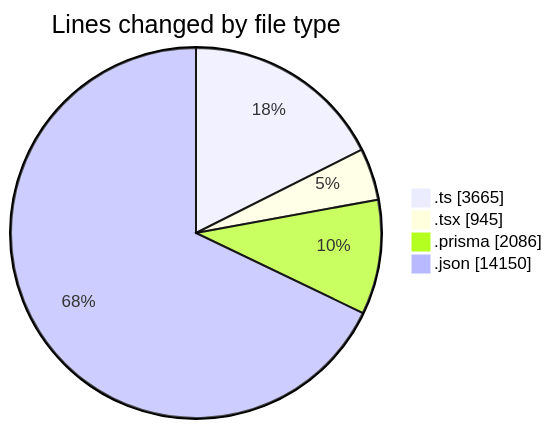
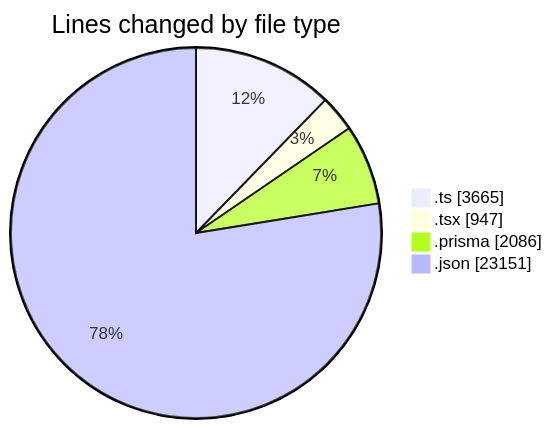
Before and after one commit to CELIANVF/code-tracking: the first of 2 diagrams in 2025-05-19/ecodeli-1/README.md, drawn with Mermaid. The commit also changed other lines of this file and 1 other file, not shown here.

````diff
--- a/2025-05-19/ecodeli-1/README.md
+++ b/2025-05-19/ecodeli-1/README.md
@@ -32,8 +32,8 @@
 ```mermaid
 pie showData
 title Lines changed by file type
 ".ts" : 3665
-".tsx" : 945
+".tsx" : 947
 ".prisma" : 2086
-".json" : 14150
+".json" : 23151
 ```
````
